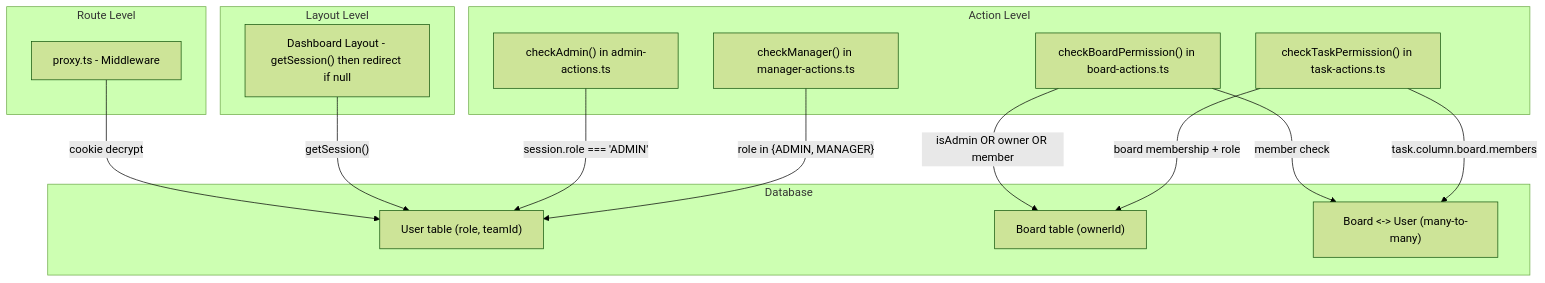
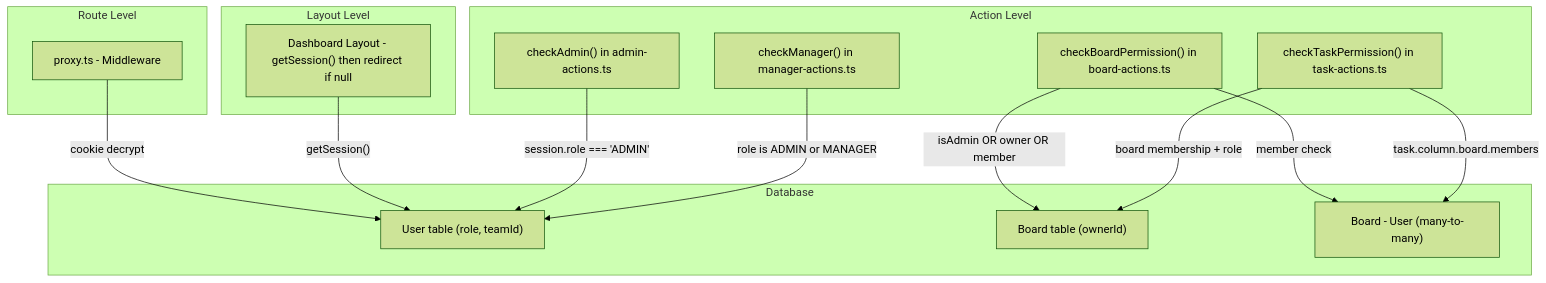
Before and after one commit to asefahmed500/Smart-Task-App_IIT_DU_Final_Project: the second of 7 diagrams in docs/03-rbac-and-permissions.md, drawn with Mermaid (forest theme). The commit also changed other lines of this file and 9 other files, not shown here.

Commit message:
fix: update AGENTS.md with Vercel deployment notes and additional mermaid cleanups

````diff
--- a/docs/03-rbac-and-permissions.md
+++ b/docs/03-rbac-and-permissions.md
@@ -114,33 +114,33 @@
 ```mermaid
 graph TB
     subgraph "Route Level"
         PROXY["proxy.ts - Middleware"]
     end
 
     subgraph "Layout Level"
         LAYOUT["Dashboard Layout - getSession() then redirect if null"]
     end
 
     subgraph "Action Level"
         CA["checkAdmin() in admin-actions.ts"]
         CM["checkManager() in manager-actions.ts"]
         CBP["checkBoardPermission() in board-actions.ts"]
         CTP["checkTaskPermission() in task-actions.ts"]
     end
 
     subgraph "Database"
         USER["User table (role, teamId)"]
         BOARD["Board table (ownerId)"]
-        MEMBER_REL["Board <-> User (many-to-many)"]
+        MEMBER_REL["Board - User (many-to-many)"]
     end
 
     PROXY -->|"cookie decrypt"| USER
     LAYOUT -->|"getSession()"| USER
 
     CA -->|"session.role === 'ADMIN'"| USER
-    CM -->|"role in {ADMIN, MANAGER}"| USER
+    CM -->|"role is ADMIN or MANAGER"| USER
     CBP -->|"isAdmin OR owner OR member"| BOARD
     CBP -->|"member check"| MEMBER_REL
     CTP -->|"board membership + role"| BOARD
     CTP -->|"task.column.board.members"| MEMBER_REL
 ```
````
